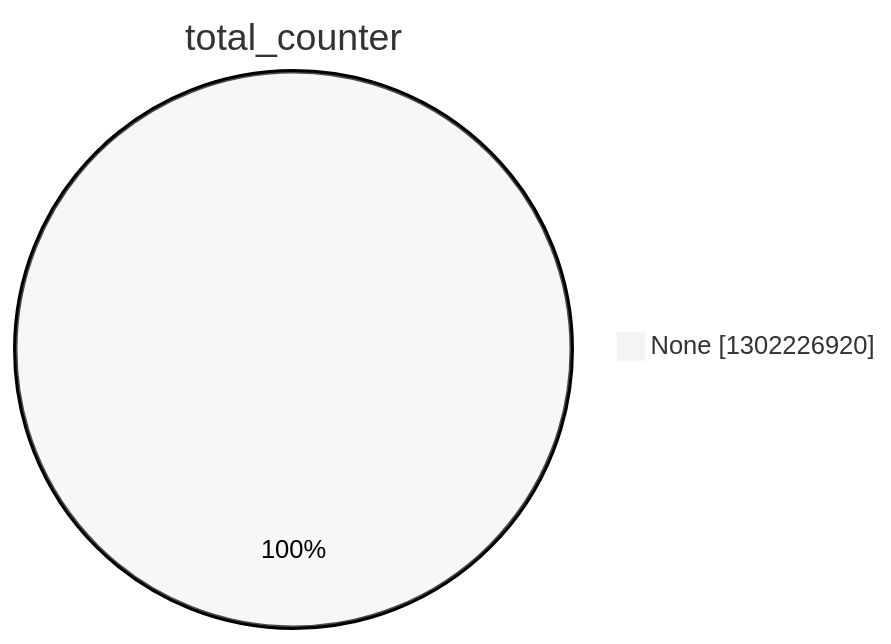
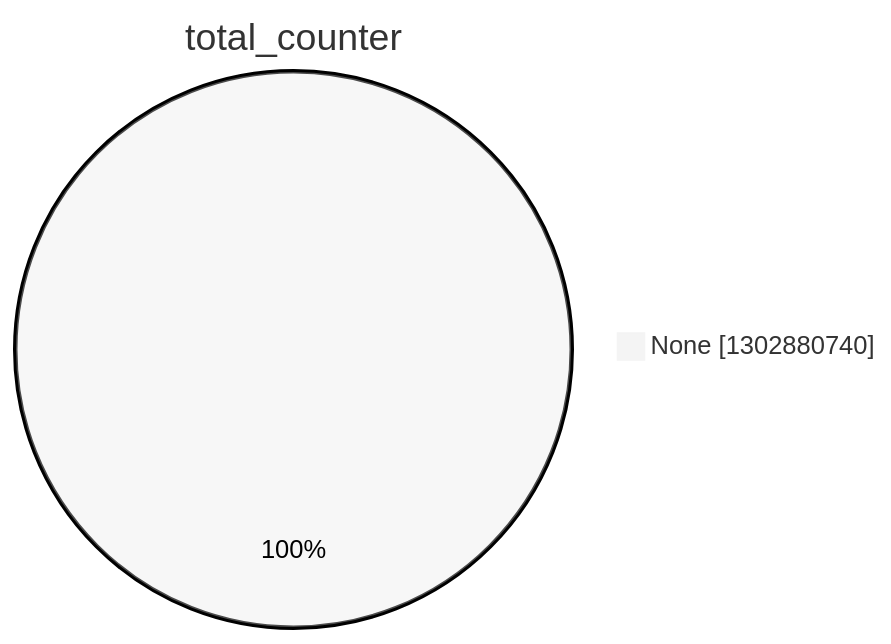
The second of 15 diagrams in argon2022/README.md (christiankrug/ctmonitor_visualization), drawn with Mermaid (neutral theme) before and after one commit. The commit also changed other lines of this file, not shown here.

````diff
--- a/argon2022/README.md
+++ b/argon2022/README.md
@@ -9,5 +9,5 @@
 ```mermaid
 pie showData
 title total_counter
-"None" :1302226920
+"None" :1302880740
 ```
````
